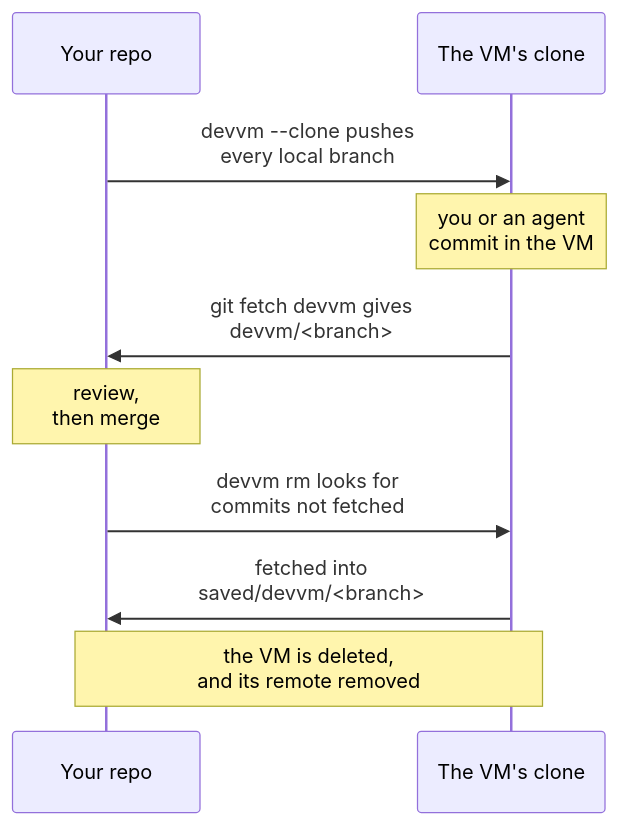
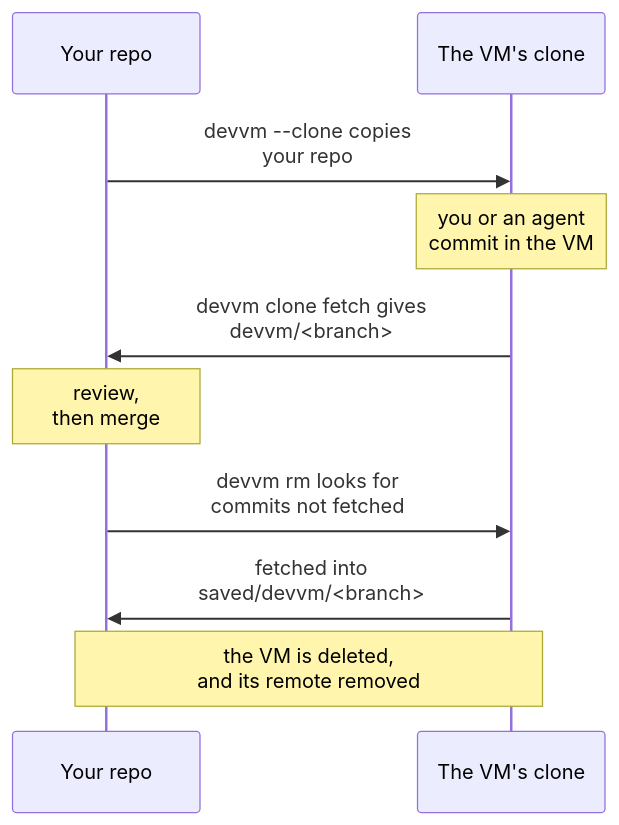
Before and after one commit to devvmhq/docs-next: the diagram in docs/using/clone.md, drawn with Mermaid. The commit also changed other lines of this file and 188 other files, not shown here.

````diff
--- a/docs/using/clone.md
+++ b/docs/using/clone.md
@@ -11,12 +11,12 @@
 ```mermaid
 sequenceDiagram
   participant R as Your repo
   participant V as The VM's clone
-  R->>V: devvm --clone pushes<br>every local branch
+  R->>V: devvm --clone copies<br>your repo
   Note over V: you or an agent<br>commit in the VM
-  V->>R: git fetch devvm gives<br>devvm/#lt;branch#gt;
+  V->>R: devvm clone fetch gives<br>devvm/#lt;branch#gt;
   Note over R: review,<br>then merge
   R->>V: devvm rm looks for<br>commits not fetched
   V->>R: fetched into<br>saved/devvm/#lt;branch#gt;
   Note over R,V: the VM is deleted,<br>and its remote removed
 ```
````
